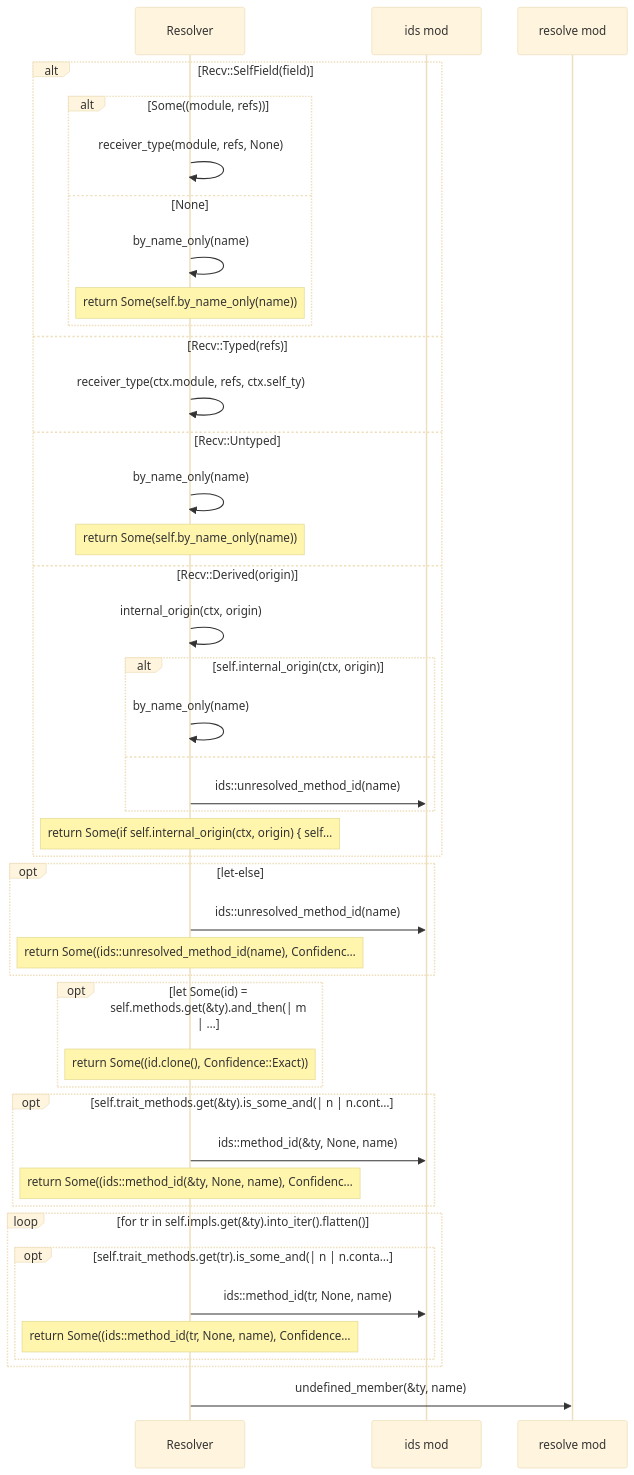
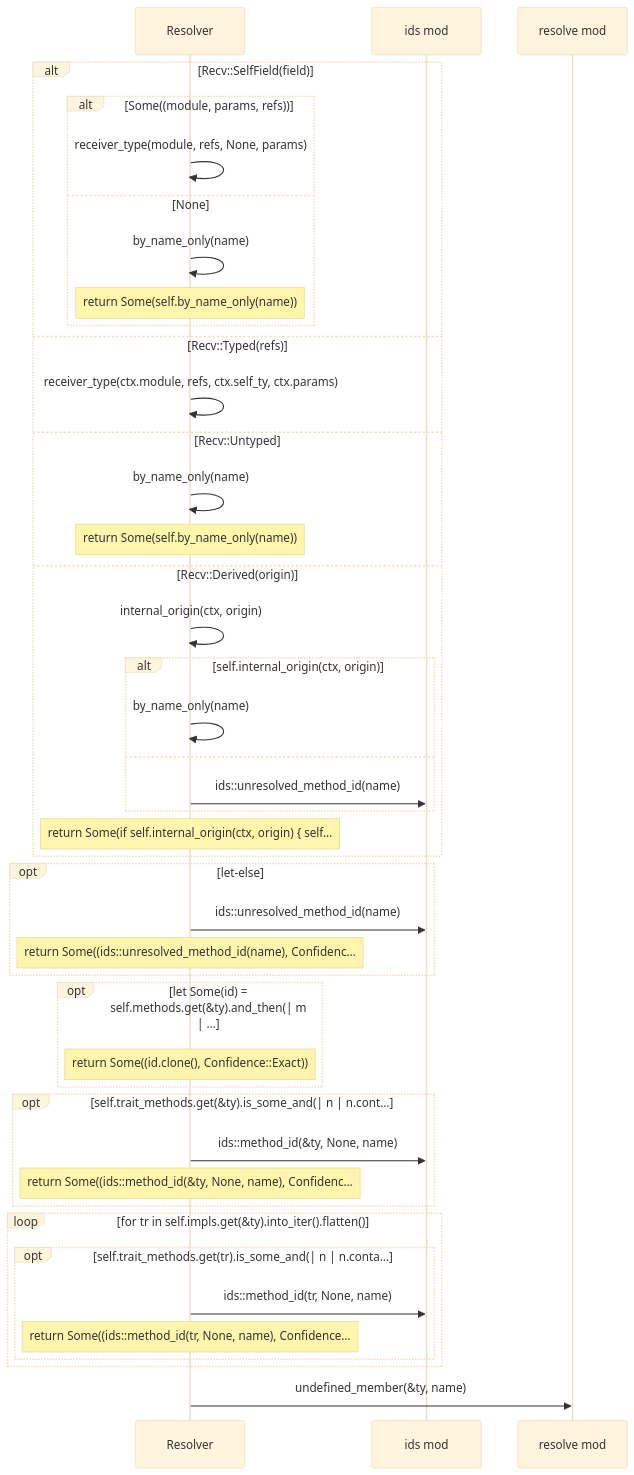
Before and after one commit to DreamLab-AI/codemaid: diagram 22 of 25 in docs/sealmap/crates/sealmap-rust/src/resolve.rs.md, drawn with Mermaid (base theme). The commit also changed other lines of this file and 8 other files, not shown here.

First line of the commit message:
fix(sealmap-rust): resolve generic parameters from declared scope, not name shape

````diff
--- a/docs/sealmap/crates/sealmap-rust/src/resolve.rs.md
+++ b/docs/sealmap/crates/sealmap-rust/src/resolve.rs.md
@@ -540,45 +609,45 @@
 ```mermaid
 sequenceDiagram
   participant sealmap_rust__resolve___tResolver as Resolver
   participant sealmap_extract__ids as ids mod
   participant sealmap_rust__resolve as resolve mod
   alt Recv::SelfField(field)
-    alt Some((module, refs))
-      sealmap_rust__resolve___tResolver->>sealmap_rust__resolve___tResolver: receiver_type(module, refs, None)
+    alt Some((module, params, refs))
+      sealmap_rust__resolve___tResolver->>sealmap_rust__resolve___tResolver: receiver_type(module, refs, None, params)
     else None
       sealmap_rust__resolve___tResolver->>sealmap_rust__resolve___tResolver: by_name_only(name)
       Note over sealmap_rust__resolve___tResolver: return Some(self.by_name_only(name))
     end
   else Recv::Typed(refs)
-    sealmap_rust__resolve___tResolver->>sealmap_rust__resolve___tResolver: receiver_type(ctx.module, refs, ctx.self_ty)
+    sealmap_rust__resolve___tResolver->>sealmap_rust__resolve___tResolver: receiver_type(ctx.module, refs, ctx.self_ty, ctx.params)
   else Recv::Untyped
     sealmap_rust__resolve___tResolver->>sealmap_rust__resolve___tResolver: by_name_only(name)
     Note over sealmap_rust__resolve___tResolver: return Some(self.by_name_only(name))
   else Recv::Derived(origin)
     sealmap_rust__resolve___tResolver->>sealmap_rust__resolve___tResolver: internal_origin(ctx, origin)
     alt self.internal_origin(ctx, origin)
       sealmap_rust__resolve___tResolver->>sealmap_rust__resolve___tResolver: by_name_only(name)
     else
       sealmap_rust__resolve___tResolver->>sealmap_extract__ids: ids::unresolved_method_id(name)
     end
     Note over sealmap_rust__resolve___tResolver: return Some(if self.internal_origin(ctx, origin) { self…
   end
   opt let-else
     sealmap_rust__resolve___tResolver->>sealmap_extract__ids: ids::unresolved_method_id(name)
     Note over sealmap_rust__resolve___tResolver: return Some((ids::unresolved_method_id(name), Confidenc…
   end
   opt let Some(id) = self.methods.get(&ty).and_then(| m | …
     Note over sealmap_rust__resolve___tResolver: return Some((id.clone(), Confidence::Exact))
   end
   opt self.trait_methods.get(&ty).is_some_and(| n | n.cont…
     sealmap_rust__resolve___tResolver->>sealmap_extract__ids: ids::method_id(&ty, None, name)
     Note over sealmap_rust__resolve___tResolver: return Some((ids::method_id(&ty, None, name), Confidenc…
   end
   loop for tr in self.impls.get(&ty).into_iter().flatten()
     opt self.trait_methods.get(tr).is_some_and(| n | n.conta…
       sealmap_rust__resolve___tResolver->>sealmap_extract__ids: ids::method_id(tr, None, name)
       Note over sealmap_rust__resolve___tResolver: return Some((ids::method_id(tr, None, name), Confidence…
     end
   end
   sealmap_rust__resolve___tResolver->>sealmap_rust__resolve: undefined_member(&ty, name)
 ```
````
